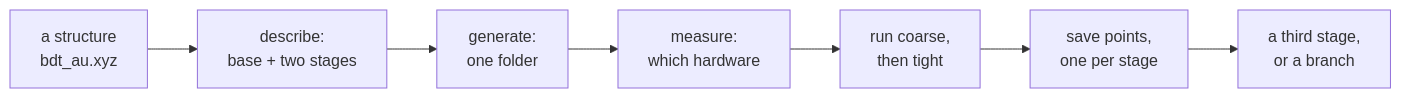
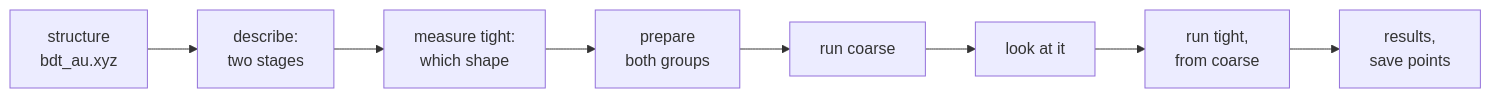
The first of 2 diagrams in docs/execution/worked-example.md (Qing-LAB/molbuilder), drawn with Mermaid before and after one commit. The commit also changed other lines of this file and 30 other files, not shown here.

````diff
--- a/docs/execution/worked-example.md
+++ b/docs/execution/worked-example.md
@@ -33,9 +53,10 @@
 ```mermaid
 flowchart LR
-    S["a structure<br/>bdt_au.xyz"] --> D["describe:<br/>base + two stages"]
-    D --> G["generate:<br/>one folder"]
-    G --> B["measure:<br/>which hardware"]
-    B --> R["run coarse,<br/>then tight"]
-    R --> C["save points,<br/>one per stage"]
-    C --> N["a third stage,<br/>or a branch"]
+    S["structure<br/>bdt_au.xyz"] --> D["describe:<br/>two stages"]
+    D --> B["measure tight:<br/>which shape"]
+    B --> P["prepare<br/>both groups"]
+    P --> C["run coarse"]
+    C --> L["look at it"]
+    L --> T["run tight,<br/>from coarse"]
+    T --> R["results,<br/>save points"]
 ```
````
